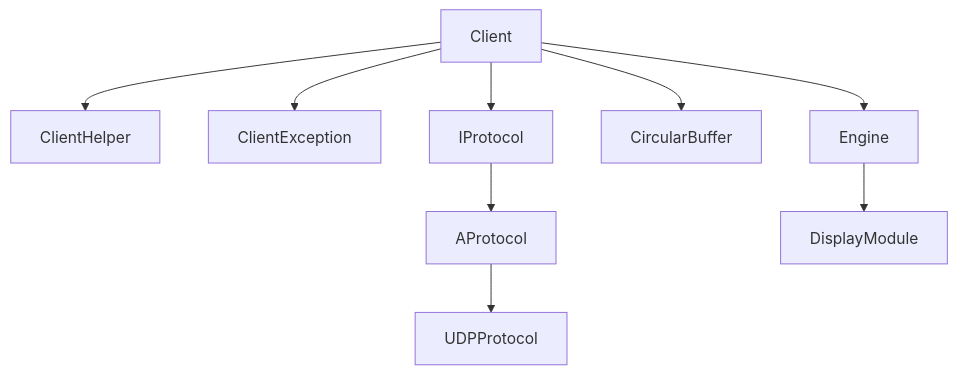
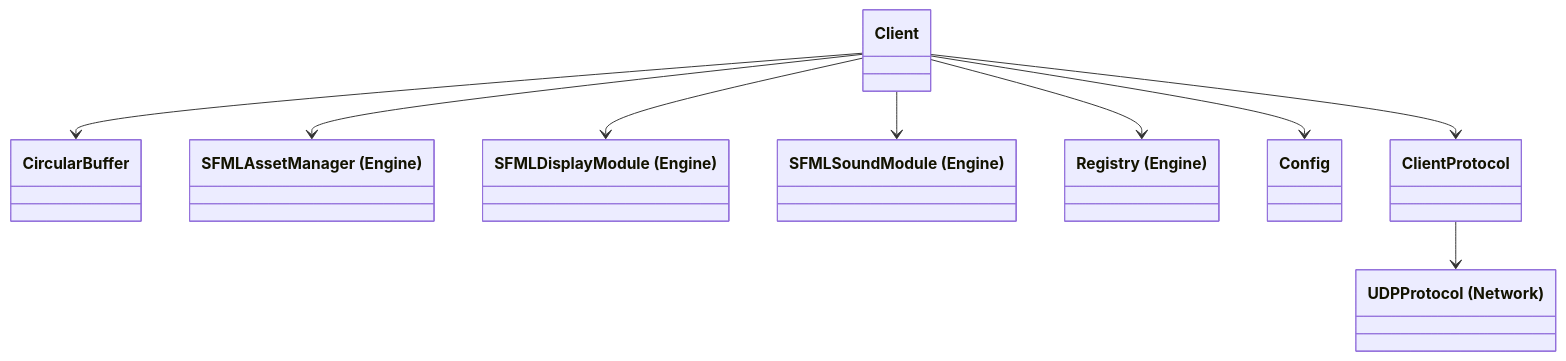
Before and after one commit to hugoschool/r-type: the diagram in docs/client/architecture.md, drawn with Mermaid. The commit also changed 1 other file, not shown here.

Commit message:
docs: rework client architecture

````diff
--- a/docs/client/architecture.md
+++ b/docs/client/architecture.md
@@ -3,15 +5,20 @@
 ```mermaid
-
-flowchart TD
-
-Client --> ClientHelper
-
-Client --> ClientException
-
-Client --> IProtocol --> AProtocol --> UDPProtocol
+classDiagram
 
 Client --> CircularBuffer
 
-Client --> Engine --> DisplayModule
+class SFMLAssetManager["SFMLAssetManager (Engine)"]
+Client --> SFMLAssetManager
+class SFMLDisplayModule["SFMLDisplayModule (Engine)"]
+Client --> SFMLDisplayModule
+class SFMLSoundModule["SFMLSoundModule (Engine)"]
+Client --> SFMLSoundModule
+class Registry["Registry (Engine)"]
+Client --> Registry
 
+Client --> Config
+Client --> ClientProtocol
+
+class UDPProtocol["UDPProtocol (Network)"]
+ClientProtocol --> UDPProtocol
 ```
````
